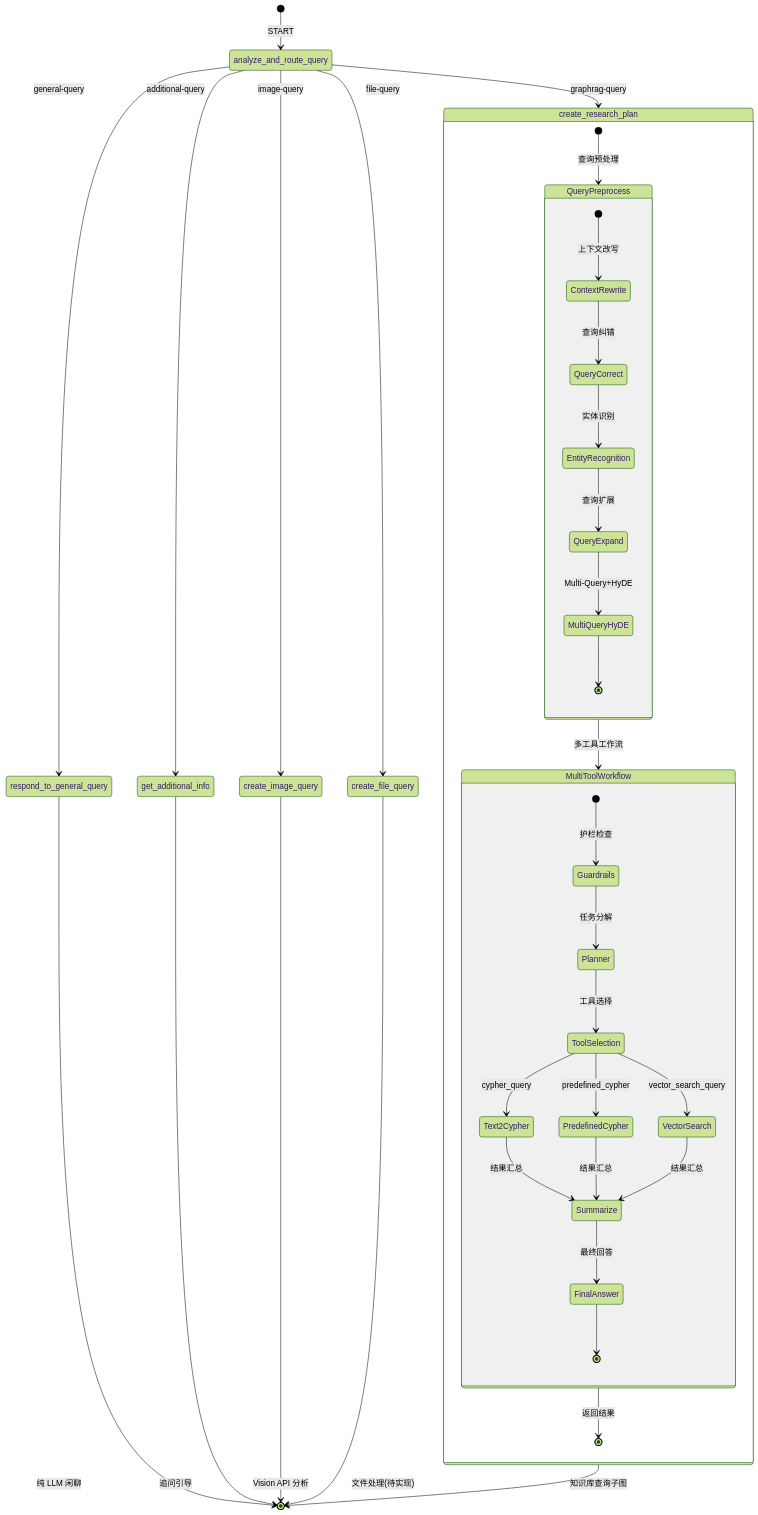
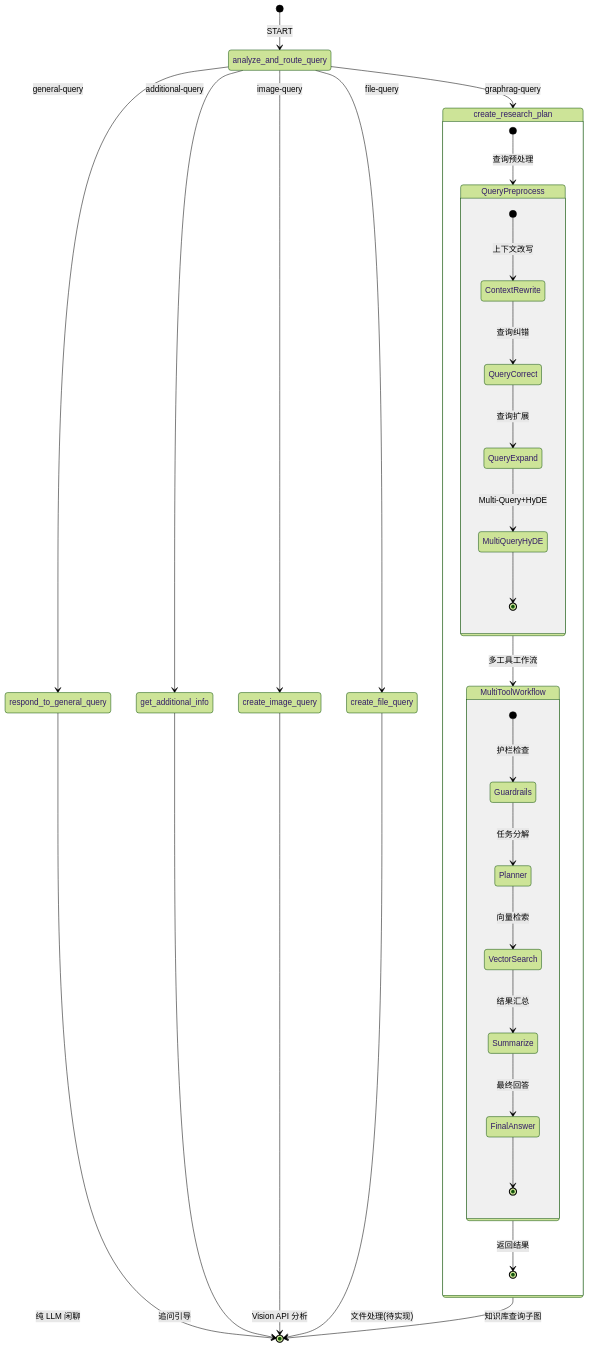
One commit to blowt16/SmartCS-Agent changed the fourth of 10 diagrams in docs/PROJECT_ANALYSIS.md. Above: the diagram before and after it, drawn with Mermaid (forest theme). The commit also changed other lines of this file and 85 other files, not shown here.

First line of the commit message:
[refactor] 彻底移除 Neo4j 与 Cypher：知识库查询统一为 pgvector 向量检索

````diff
--- a/docs/PROJECT_ANALYSIS.md
+++ b/docs/PROJECT_ANALYSIS.md
@@ -318,44 +306,38 @@
 ```mermaid
 stateDiagram-v2
     [*] --> analyze_and_route_query: START
     analyze_and_route_query --> respond_to_general_query: general-query
     analyze_and_route_query --> get_additional_info: additional-query
     analyze_and_route_query --> create_research_plan: graphrag-query
     analyze_and_route_query --> create_image_query: image-query
     analyze_and_route_query --> create_file_query: file-query
 
     respond_to_general_query --> [*]: 纯 LLM 闲聊
     get_additional_info --> [*]: 追问引导
     create_research_plan --> [*]: 知识库查询子图
     create_image_query --> [*]: Vision API 分析
     create_file_query --> [*]: 文件处理(待实现)
 
     state create_research_plan {
         [*] --> QueryPreprocess: 查询预处理
         QueryPreprocess --> MultiToolWorkflow: 多工具工作流
         MultiToolWorkflow --> [*]: 返回结果
 
         state QueryPreprocess {
             [*] --> ContextRewrite: 上下文改写
             ContextRewrite --> QueryCorrect: 查询纠错
-            QueryCorrect --> EntityRecognition: 实体识别
-            EntityRecognition --> QueryExpand: 查询扩展
+            QueryCorrect --> QueryExpand: 查询扩展
             QueryExpand --> MultiQueryHyDE: Multi-Query+HyDE
             MultiQueryHyDE --> [*]
         }
 
         state MultiToolWorkflow {
             [*] --> Guardrails: 护栏检查
             Guardrails --> Planner: 任务分解
-            Planner --> ToolSelection: 工具选择
-            ToolSelection --> Text2Cypher: cypher_query
-            ToolSelection --> PredefinedCypher: predefined_cypher
-            ToolSelection --> VectorSearch: vector_search_query
-            Text2Cypher --> Summarize: 结果汇总
-            PredefinedCypher --> Summarize: 结果汇总
+            Planner --> VectorSearch: 向量检索
             VectorSearch --> Summarize: 结果汇总
             Summarize --> FinalAnswer: 最终回答
             FinalAnswer --> [*]
         }
     }
 ```
````
